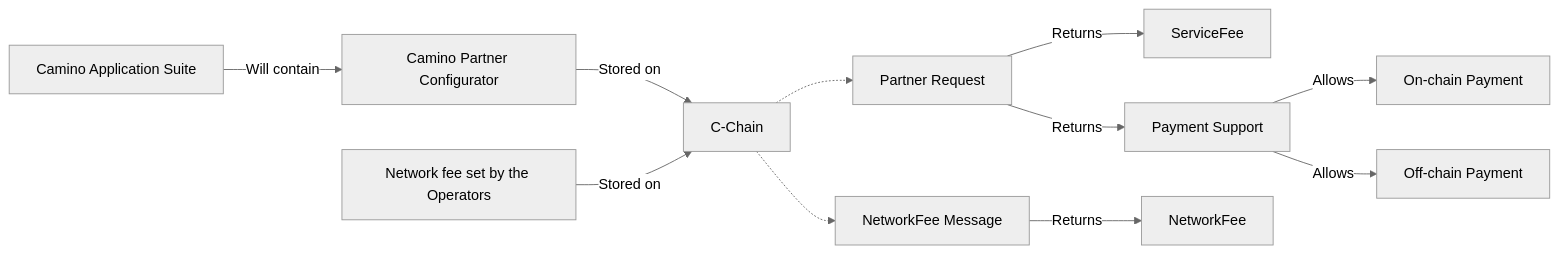
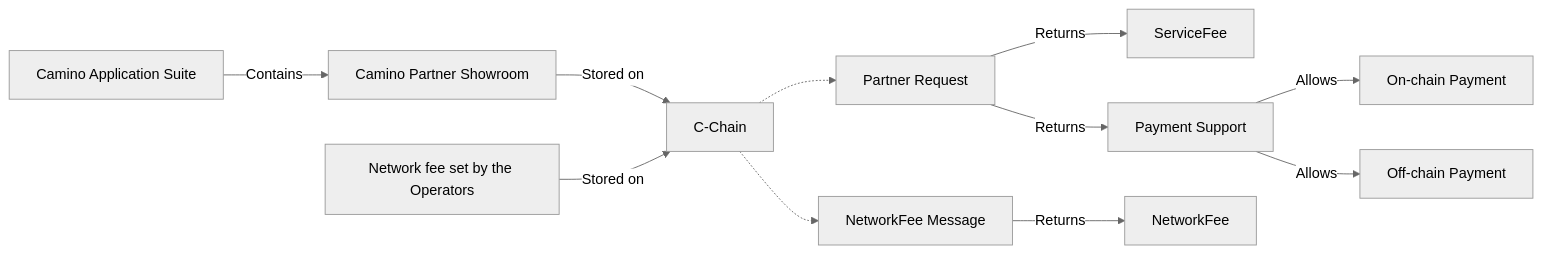
The first of 4 diagrams in docs/camino-messenger/introduction.md (chain4travel/camino-docs), drawn with Mermaid (neutral theme) before and after one commit. The commit also changed other lines of this file and 3 other files, not shown here.

````diff
--- a/docs/camino-messenger/introduction.md
+++ b/docs/camino-messenger/introduction.md
@@ -109,15 +109,15 @@
 ```mermaid
 flowchart LR
-    A[Camino Application Suite] -->|Will contain| B[Camino Partner Configurator]
+    A[Camino Application Suite] -->|Contains| B[Camino Partner Showroom]
     B -->|Stored on| C[C-Chain]
     C -.-> D[Partner Request]
     D -->|Returns| H[ServiceFee]
     D -->|Returns| I[Payment Support]
     I -->|Allows| J[On-chain Payment]
     I -->|Allows| K[Off-chain Payment]
 
     L[Network fee set by the Operators]
     L -->|Stored on| C[C-Chain]
     C -.-> M[NetworkFee Message]
     M -->|Returns| N[NetworkFee]
 ```
````
